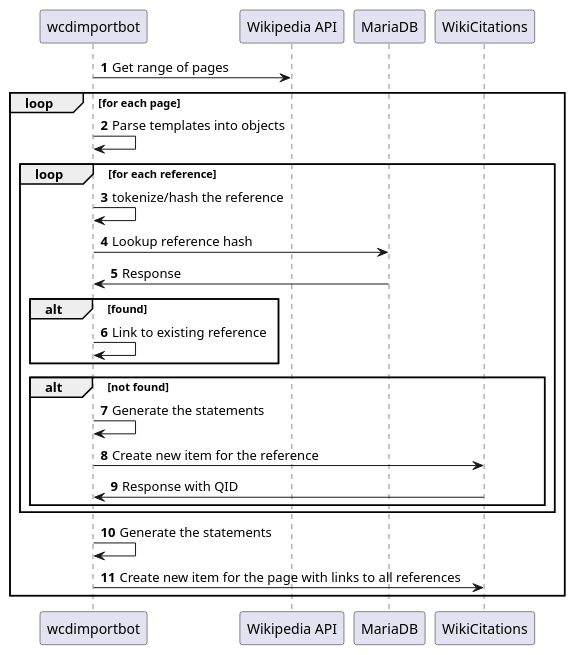
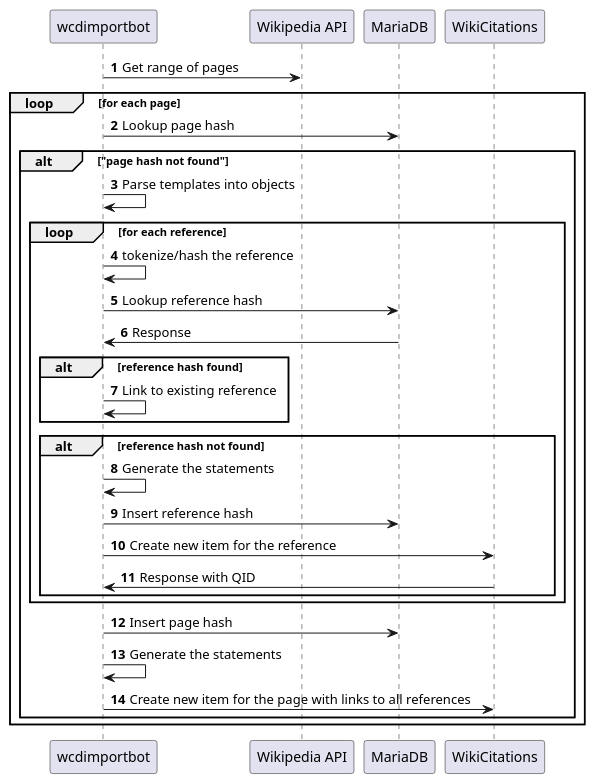
Before and after one commit to internetarchive/iari: the diagram in diagrams/sequence_first_pass.puml, drawn with PlantUML.

Commit message:
sequence_first_pass.puml: Add page hash

```diff
--- a/diagrams/sequence_first_pass.puml
+++ b/diagrams/sequence_first_pass.puml
@@ -1,24 +1,29 @@
 @startuml
 'https://plantuml.com/sequence-diagram
 
 autonumber
 wcdimportbot -> "Wikipedia API": Get range of pages
 loop for each page
-    wcdimportbot -> wcdimportbot: Parse templates into objects
-    loop for each reference
-        wcdimportbot -> wcdimportbot: tokenize/hash the reference
-        wcdimportbot -> MariaDB: Lookup reference hash
-        MariaDB -> wcdimportbot: Response
-        alt found
-            wcdimportbot -> wcdimportbot: Link to existing reference
+    wcdimportbot -> MariaDB: Lookup page hash
+    alt "page hash not found"
+        wcdimportbot -> wcdimportbot: Parse templates into objects
+        loop for each reference
+            wcdimportbot -> wcdimportbot: tokenize/hash the reference
+            wcdimportbot -> MariaDB: Lookup reference hash
+            MariaDB -> wcdimportbot: Response
+            alt reference hash found
+                wcdimportbot -> wcdimportbot: Link to existing reference
+            end
+            alt reference hash not found
+                wcdimportbot -> wcdimportbot: Generate the statements
+                wcdimportbot -> MariaDB: Insert reference hash
+                wcdimportbot -> WikiCitations: Create new item for the reference
+                WikiCitations -> wcdimportbot: Response with QID
+            end
         end
-        alt not found
-            wcdimportbot -> wcdimportbot: Generate the statements
-            wcdimportbot -> WikiCitations: Create new item for the reference
-            WikiCitations -> wcdimportbot: Response with QID
-        end
+        wcdimportbot -> MariaDB: Insert page hash
+        wcdimportbot -> wcdimportbot: Generate the statements
+        wcdimportbot -> WikiCitations: Create new item for the page with links to all references
     end
-    wcdimportbot -> wcdimportbot: Generate the statements
-    wcdimportbot -> WikiCitations: Create new item for the page with links to all references
 end
 @enduml
```
